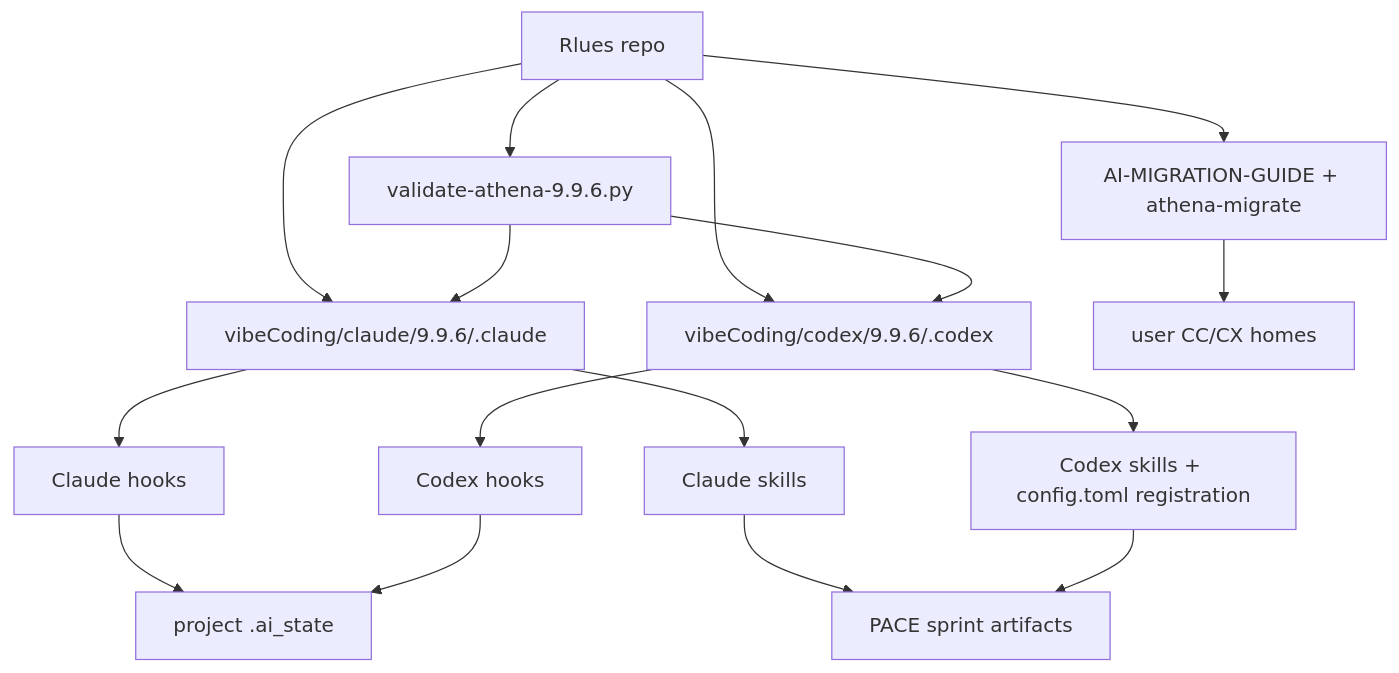
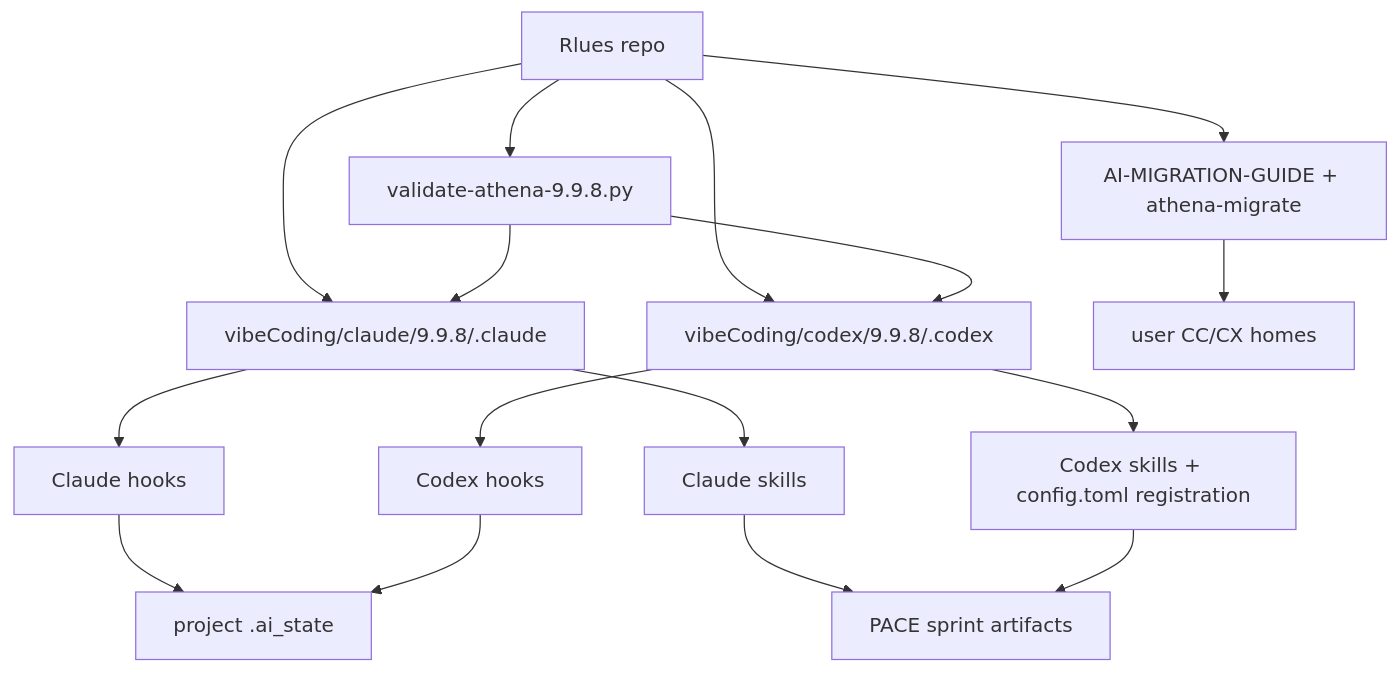
One commit to WenJunDuan/Rlues changed the first of 2 diagrams in .ai_state/architecture/ARCHITECTURE.md. Above: the diagram before and after it, drawn with Mermaid. The commit also changed other lines of this file and 9 other files, not shown here.

````diff
--- a/.ai_state/architecture/ARCHITECTURE.md
+++ b/.ai_state/architecture/ARCHITECTURE.md
@@ -28,18 +28,18 @@
 ```mermaid
 graph TD
-    Repo["Rlues repo"] --> ClaudePkg["vibeCoding/claude/9.9.6/.claude"]
-    Repo --> CodexPkg["vibeCoding/codex/9.9.6/.codex"]
-    Repo --> Validator["validate-athena-9.9.6.py"]
+    Repo["Rlues repo"] --> ClaudePkg["vibeCoding/claude/9.9.8/.claude"]
+    Repo --> CodexPkg["vibeCoding/codex/9.9.8/.codex"]
+    Repo --> Validator["validate-athena-9.9.8.py"]
     Repo --> Migration["AI-MIGRATION-GUIDE + athena-migrate"]
     ClaudePkg --> CCHooks["Claude hooks"]
     CodexPkg --> CXHooks["Codex hooks"]
     ClaudePkg --> CCSkills["Claude skills"]
     CodexPkg --> CXSkills["Codex skills + config.toml registration"]
     CCHooks --> AIState["project .ai_state"]
     CXHooks --> AIState
     CCSkills --> Sprint["PACE sprint artifacts"]
     CXSkills --> Sprint
     Validator --> ClaudePkg
     Validator --> CodexPkg
     Migration --> UserHome["user CC/CX homes"]
 ```
````
